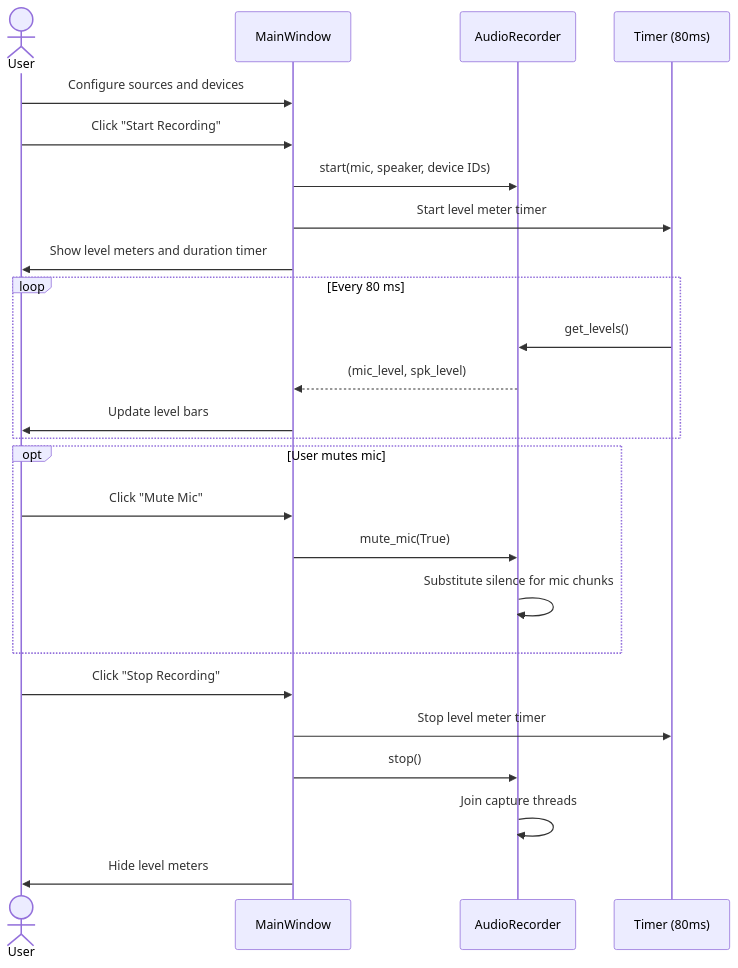
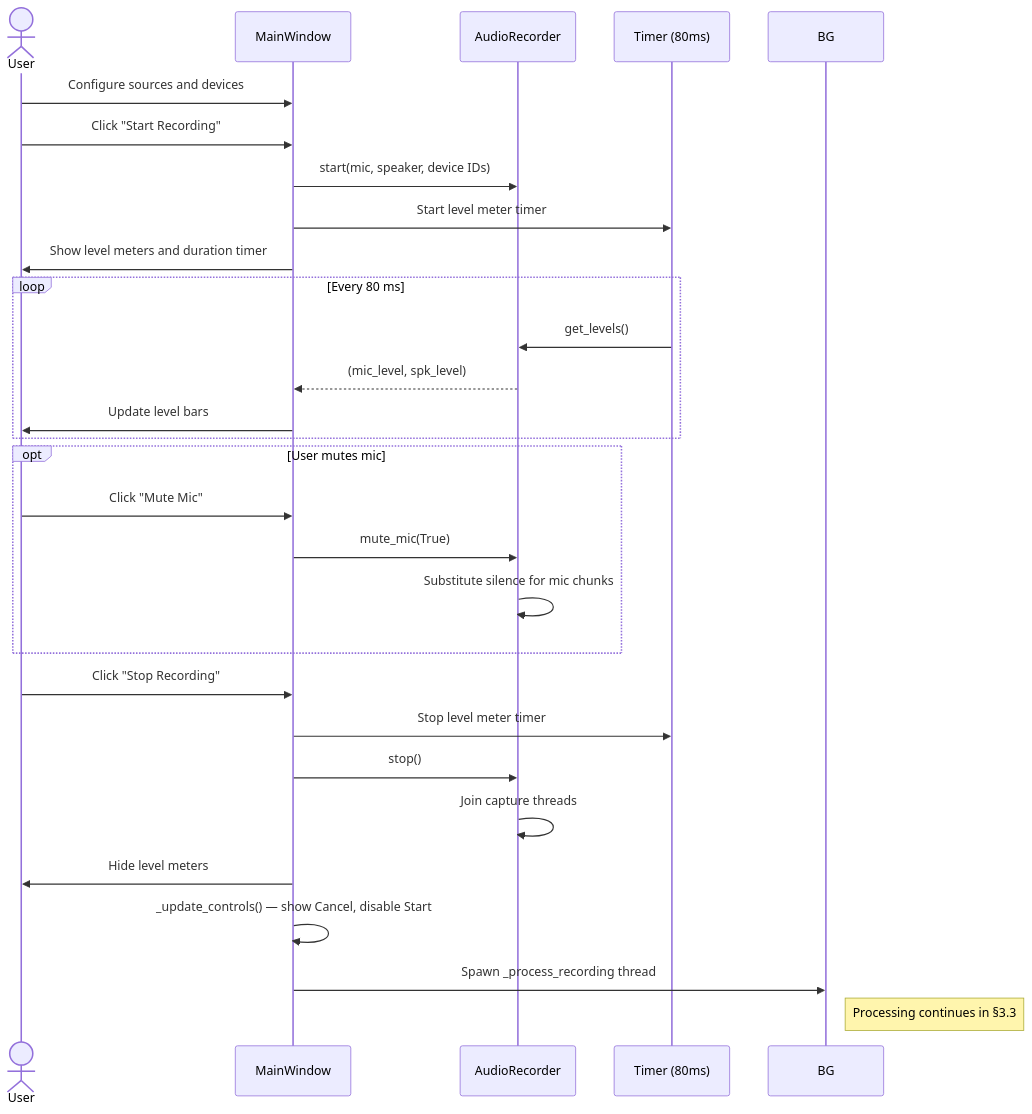
Before and after one commit to edoardomazzella/meeting-transcriber: the third of 6 diagrams in docs/ARCHITECTURE.md, drawn with Mermaid. The commit also changed other lines of this file, not shown here.

````diff
--- a/docs/ARCHITECTURE.md
+++ b/docs/ARCHITECTURE.md
@@ -150,31 +150,34 @@
 ```mermaid
 sequenceDiagram
     actor User
     participant GUI as MainWindow
     participant Rec as AudioRecorder
     participant T as Timer (80ms)
 
     User->>GUI: Configure sources and devices
     User->>GUI: Click "Start Recording"
     GUI->>Rec: start(mic, speaker, device IDs)
     GUI->>T: Start level meter timer
     GUI->>User: Show level meters and duration timer
 
     loop Every 80 ms
         T->>Rec: get_levels()
         Rec-->>GUI: (mic_level, spk_level)
         GUI->>User: Update level bars
     end
 
     opt User mutes mic
         User->>GUI: Click "Mute Mic"
         GUI->>Rec: mute_mic(True)
         Rec->>Rec: Substitute silence for mic chunks
     end
 
     User->>GUI: Click "Stop Recording"
     GUI->>T: Stop level meter timer
     GUI->>Rec: stop()
     Rec->>Rec: Join capture threads
     GUI->>User: Hide level meters
+    GUI->>GUI: _update_controls() — show Cancel, disable Start
+    GUI->>BG: Spawn _process_recording thread
+    Note right of BG: Processing continues in §3.3
 ```
````
